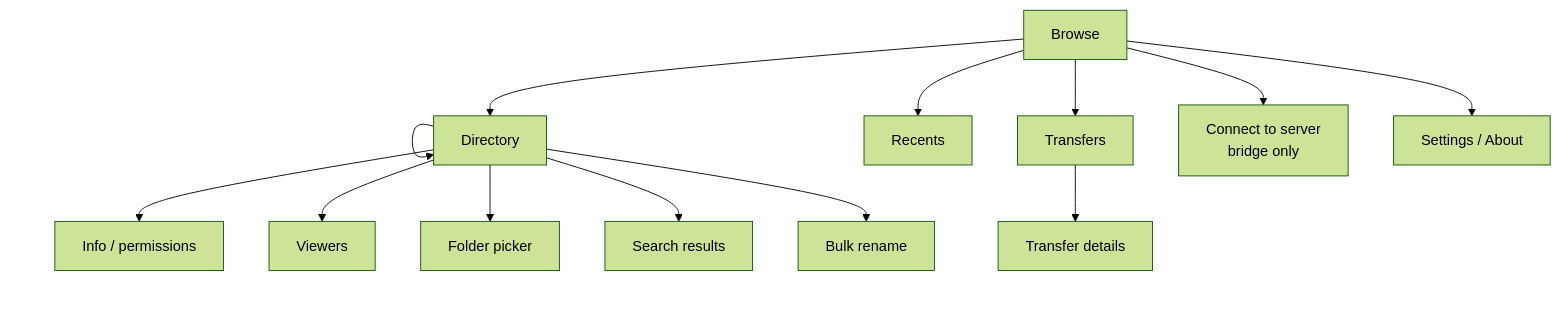
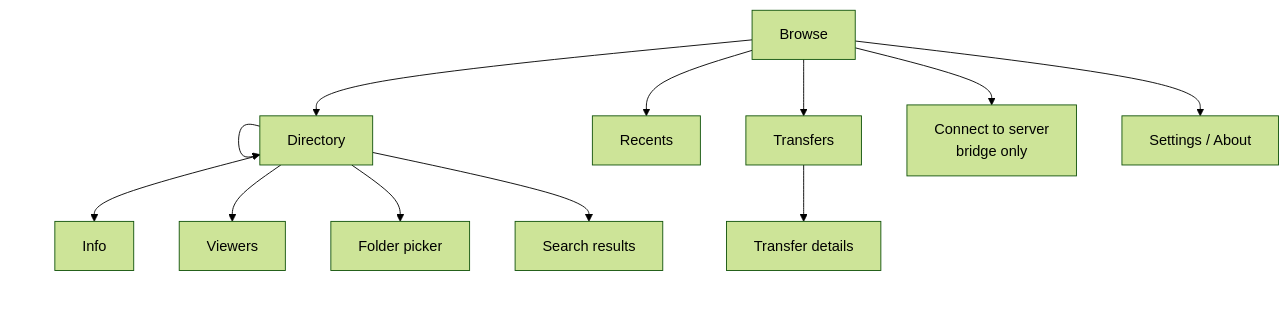
The second of 2 diagrams in doc/SPEC.md (muhnschein/lautta), drawn with Mermaid (forest theme) before and after one commit. The commit also changed other lines of this file and 3 other files, not shown here.

````diff
--- a/doc/SPEC.md
+++ b/doc/SPEC.md
@@ -573,15 +547,14 @@
 ```mermaid
 flowchart TD
   B[Browse] --> D[Directory]
   B --> R[Recents]
   B --> T[Transfers]
   B --> CS[Connect to server<br/>bridge only]
   B --> S[Settings / About]
   D --> D
-  D --> I[Info / permissions]
+  D --> I[Info]
   D --> V[Viewers]
   D --> P[Folder picker]
   D --> SR[Search results]
-  D --> BR[Bulk rename]
   T --> TD[Transfer details]
 ```
````
